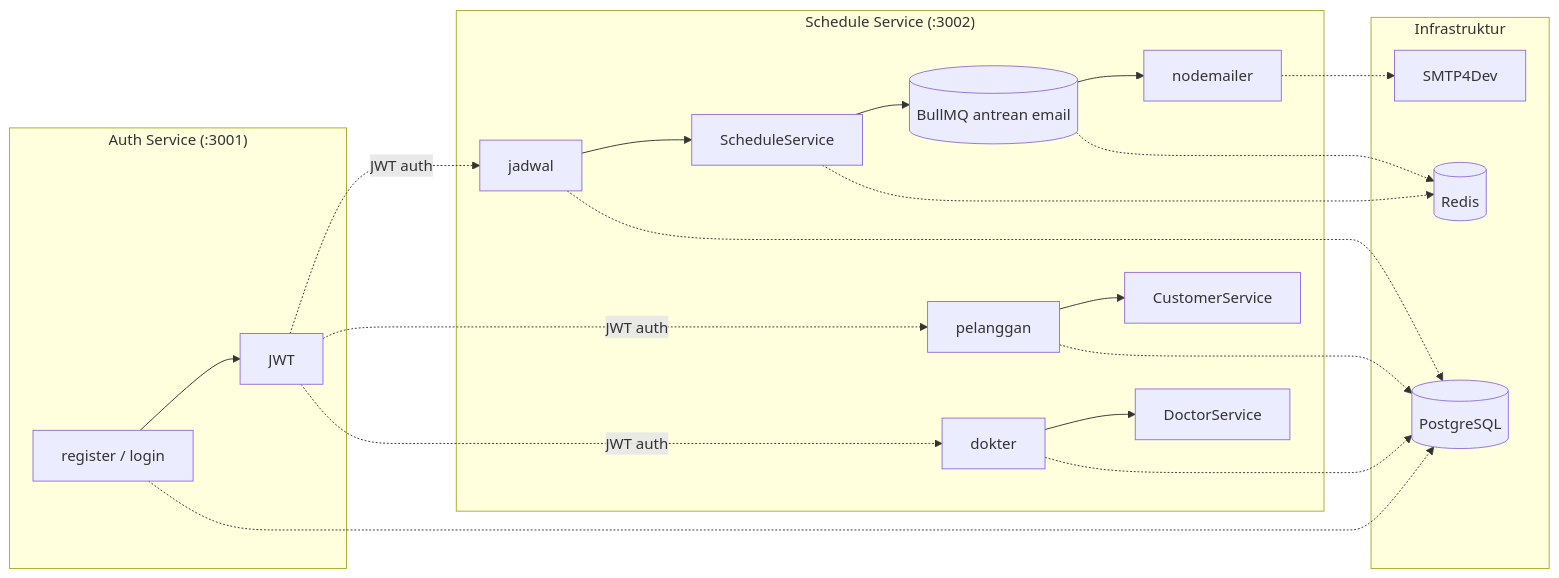
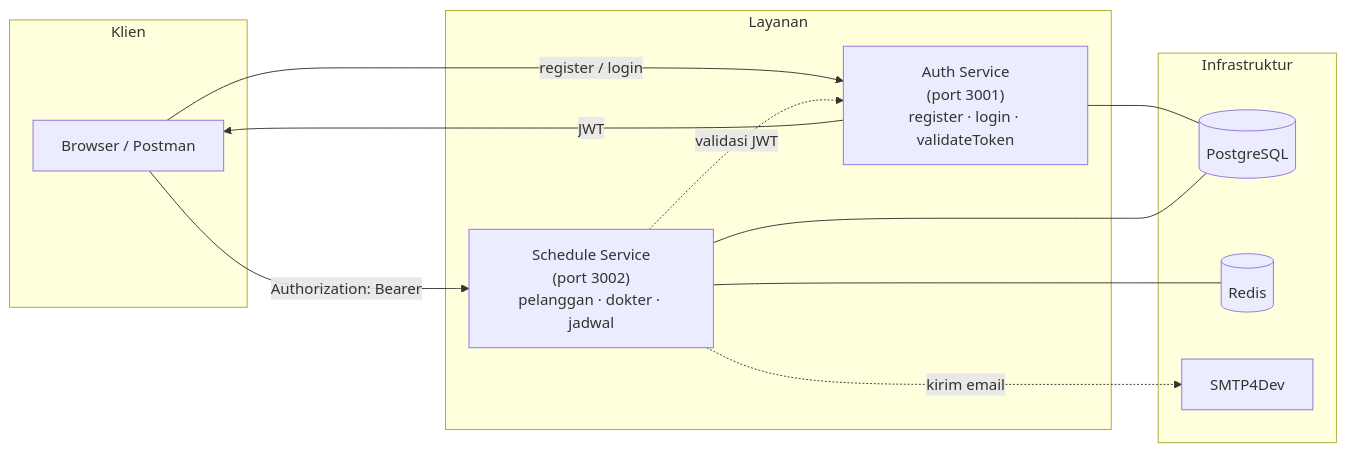
Before and after one commit to moharifhidayat7/healthcare-scheduling-test: the diagram in README-ID.md, drawn with Mermaid. The commit also changed 1 other file, not shown here.

Commit message:
docs: simplify mermaid architecture diagram

````diff
--- a/README-ID.md
+++ b/README-ID.md
@@ -33,28 +33,26 @@
 ```mermaid
 graph LR
-    subgraph "Auth Service (:3001)"
-        A[register / login] --> B[JWT]
+    subgraph Klien
+        CL[Browser / Postman]
     end
-    subgraph "Schedule Service (:3002)"
-        C[pelanggan] --> D[CustomerService]
-        E[dokter] --> F[DoctorService]
-        G[jadwal] --> H[ScheduleService]
-        H --> I[(BullMQ antrean email)]
-        I --> J[nodemailer]
+
+    subgraph "Layanan"
+        AUTH["Auth Service<br/>(port 3001)<br/>register · login · validateToken"]
+        SCHED["Schedule Service<br/>(port 3002)<br/>pelanggan · dokter · jadwal"]
     end
+
     subgraph "Infrastruktur"
-        K[(PostgreSQL)]
-        L[(Redis)]
-        M[SMTP4Dev]
+        PG[(PostgreSQL)]
+        RD[(Redis)]
+        SMTP[SMTP4Dev]
     end
-    A -.-> K
-    B -.->|JWT auth| G
-    B -.->|JWT auth| C
-    B -.->|JWT auth| E
-    C -.-> K
-    E -.-> K
-    G -.-> K
-    H -.-> L
-    I -.-> L
-    J -.-> M
+
+    CL -- register / login --> AUTH
+    AUTH -- JWT --> CL
+    CL -- "Authorization: Bearer" --> SCHED
+    SCHED -. validasi JWT .-> AUTH
+    AUTH --- PG
+    SCHED --- PG
+    SCHED --- RD
+    SCHED -. kirim email .-> SMTP
 ```
````
